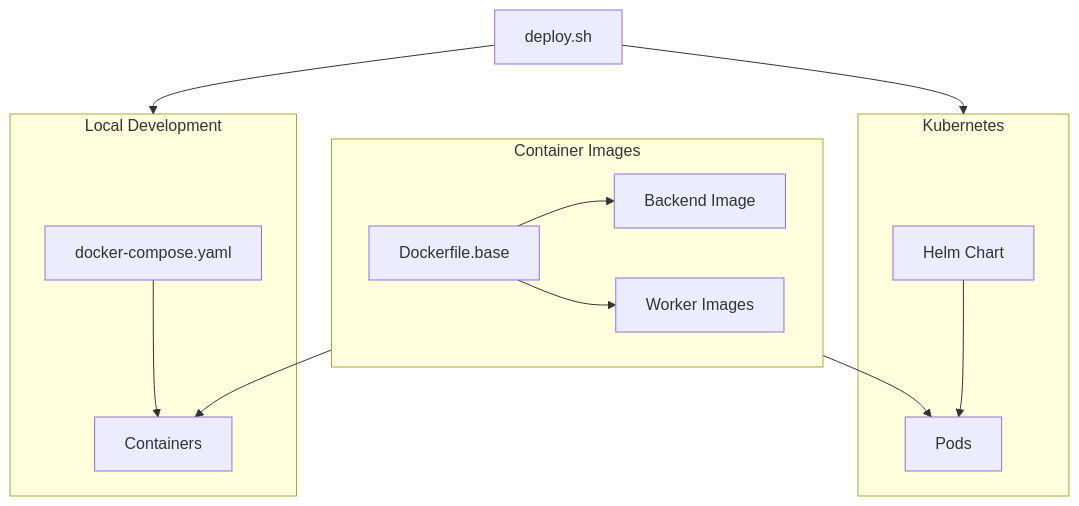
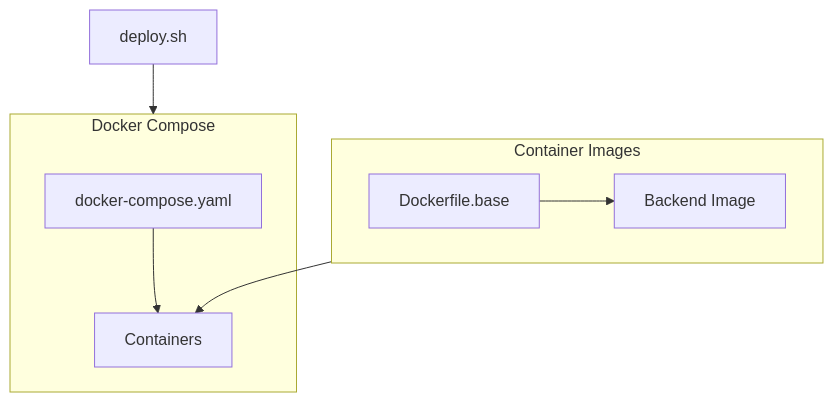
One commit to HardMax71/Integr8sCode changed the first of 2 diagrams in docs/operations/deployment.md. Above: the diagram before and after it, drawn with Mermaid. The commit also changed other lines of this file and 59 other files, not shown here.

Commit message:
fix: removed helm deploy - now through docker-compose/shell file, updated docs (#140)

````diff
--- a/docs/operations/deployment.md
+++ b/docs/operations/deployment.md
@@ -9,20 +10,14 @@
 ```mermaid
 flowchart TB
-    Script[deploy.sh] --> Local & Prod
+    Script[deploy.sh] --> DC
 
     subgraph Images["Container Images"]
         Base[Dockerfile.base] --> Backend[Backend Image]
-        Base --> Workers[Worker Images]
     end
 
-    subgraph Local["Local Development"]
-        DC[docker-compose.yaml] --> Containers
-    end
-
-    subgraph Prod["Kubernetes"]
-        Helm[Helm Chart] --> Pods
+    subgraph DC["Docker Compose"]
+        Compose[docker-compose.yaml] --> Containers
     end
 
     Images --> Containers
-    Images --> Pods
 ```
````
